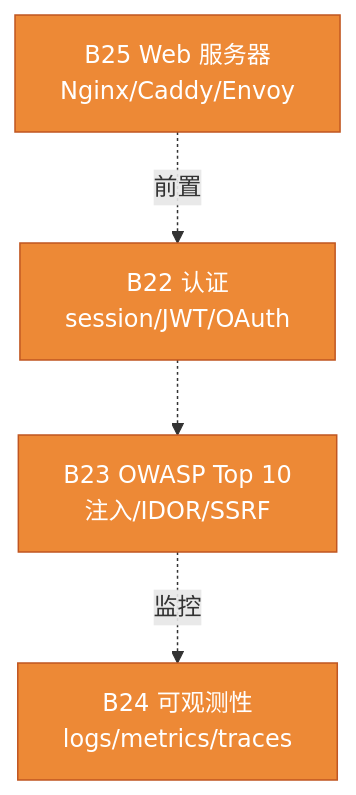
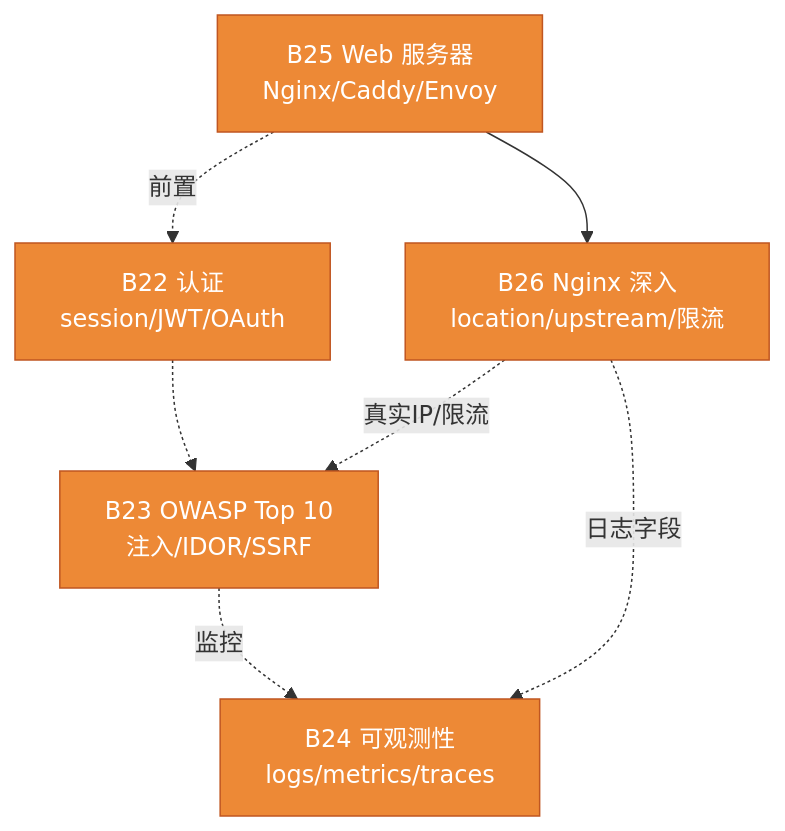
Before and after one commit to Kirby980/backend-handbook: diagram 12 of 22 in backend/ROADMAP.md, drawn with Mermaid. The commit also changed other lines of this file and 9 other files, not shown here.

````diff
--- a/backend/ROADMAP.md
+++ b/backend/ROADMAP.md
@@ -261,14 +262,18 @@
 ```mermaid
 graph TB
     B22[B22 认证<br>session/JWT/OAuth]
     B23[B23 OWASP Top 10<br>注入/IDOR/SSRF]
     B24[B24 可观测性<br>logs/metrics/traces]
     B25[B25 Web 服务器<br>Nginx/Caddy/Envoy]
+    B26[B26 Nginx 深入<br>location/upstream/限流]
     
     B22 -.-> B23
     B25 -.前置.-> B22
     B23 -.监控.-> B24
+    B25 --> B26
+    B26 -.真实IP/限流.-> B23
+    B26 -.日志字段.-> B24
     
     classDef ops fill:#ed8936,stroke:#c05621,color:#fff
-    class B22,B23,B24,B25 ops
+    class B22,B23,B24,B25,B26 ops
 ```
````
